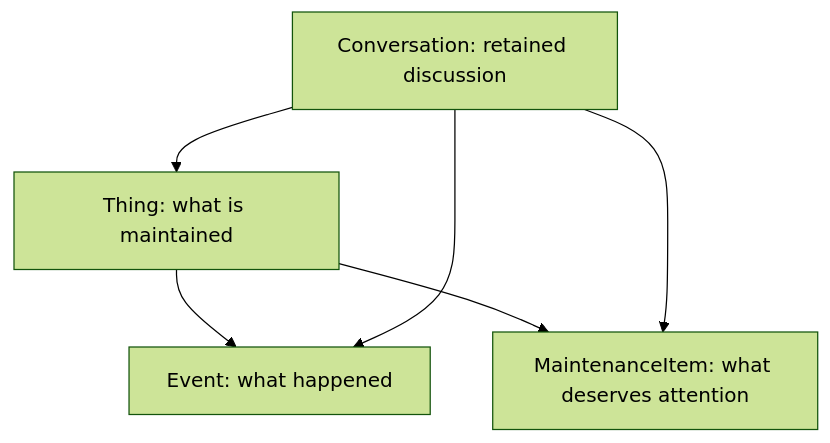
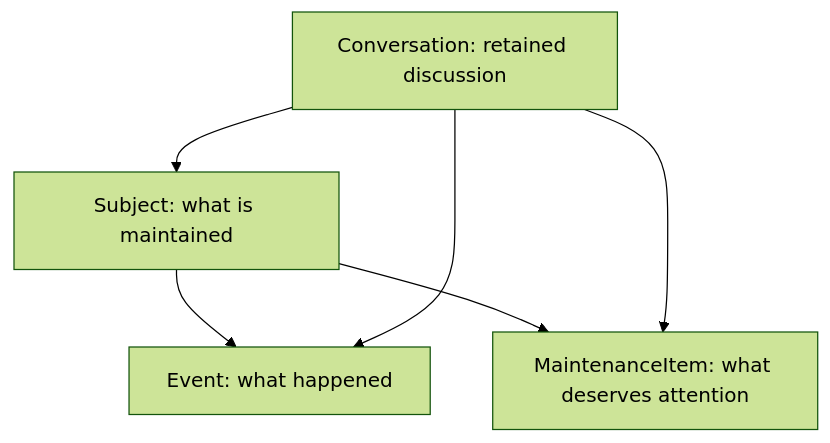
The seventh of 9 diagrams in vision.md (deodad/moe), drawn with Mermaid (forest theme) before and after one commit. The commit also changed other lines of this file and 94 other files, not shown here.

````diff
--- a/vision.md
+++ b/vision.md
@@ -159,12 +159,12 @@
 ```mermaid
 flowchart TD
-    T[Thing: what is maintained]
+    T[Subject: what is maintained]
     E[Event: what happened]
     M[MaintenanceItem: what deserves attention]
     C[Conversation: retained discussion]
     T --> E
     T --> M
     C --> T
     C --> E
     C --> M
 ```
````
